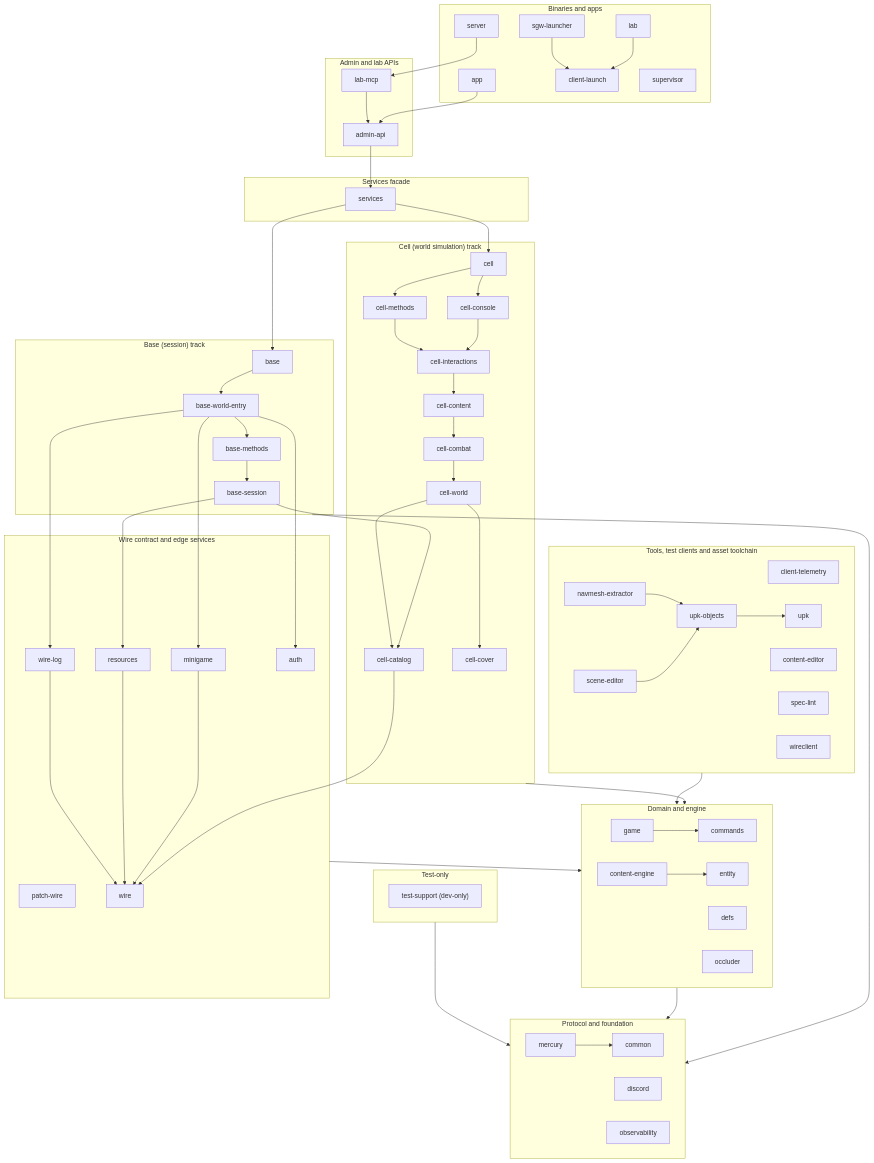
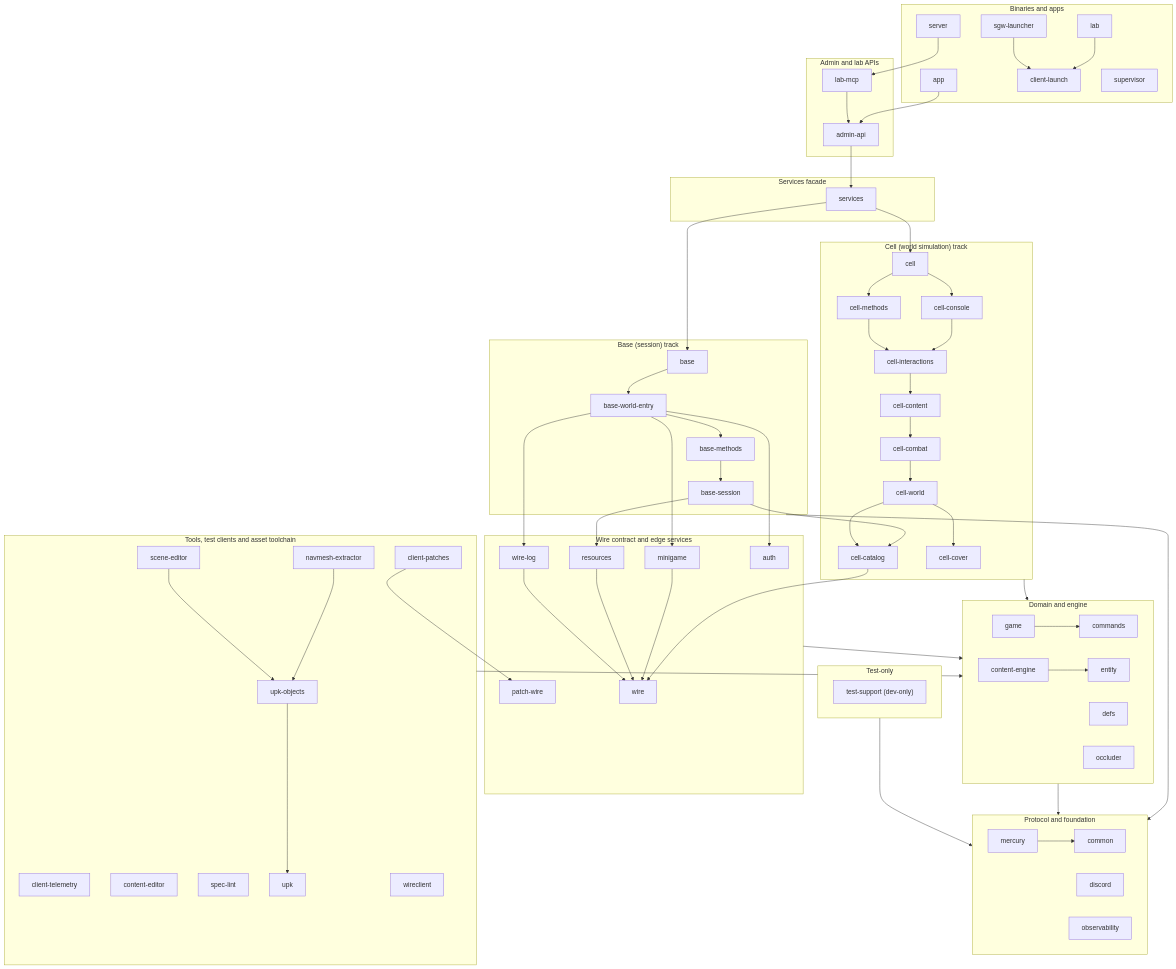
One commit to SandboxServers/Cimmeria changed the diagram in README.md. Above: the diagram before and after it, drawn with Mermaid. The commit also changed other lines of this file and 46 other files, not shown here.

```diff
--- a/README.md
+++ b/README.md
@@ -153,6 +153,7 @@
         observability["observability"]
     end
     subgraph grp_tools["Tools, test clients and asset toolchain"]
+        clientPatches["client-patches"]
         clientTelemetry["client-telemetry"]
         contentEditor["content-editor"]
         navmeshExtractor["navmesh-extractor"]
@@ -185,6 +186,7 @@
     cellMethods --> cellInteractions
     cellWorld --> cellCatalog
     cellWorld --> cellCover
+    clientPatches --> patchWire
     contentEngine --> entity
     game --> commands
     lab --> clientLaunch
```
